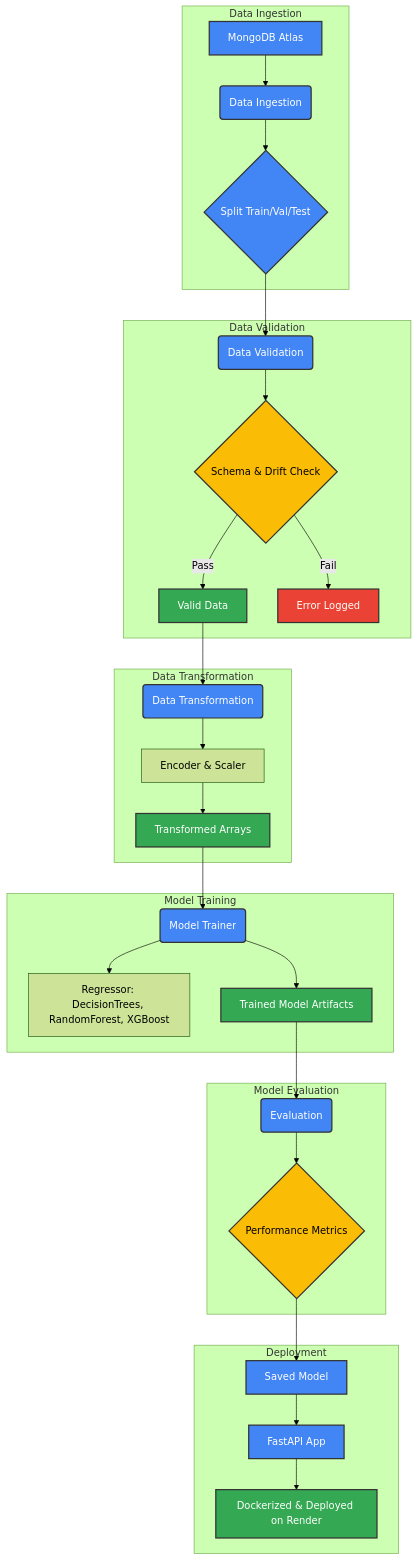
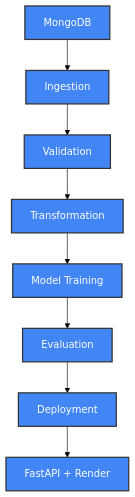
The first of 2 diagrams in README.md (Sumanthcs4/Crop-Yield-Prediction), drawn with Mermaid (forest theme) before and after one commit. The commit also changed other lines of this file, not shown here.

````diff
--- a/README.md
+++ b/README.md
@@ -17,48 +17,13 @@
 ```mermaid
 graph TD
-    subgraph "Data Ingestion"
-        A[MongoDB Atlas] --> B(Data Ingestion)
-        B --> C{Split Train/Val/Test}
-    end
+    A[MongoDB] --> B[Ingestion]
+    B --> C[Validation]
+    C --> D[Transformation]
+    D --> E[Model Training]
+    E --> F[Evaluation]
+    F --> G[Deployment]
+    G --> H[FastAPI + Render]
 
-    subgraph "Data Validation"
-        C --> D(Data Validation)
-        D --> E{Schema & Drift Check}
-        E -- Pass --> F[Valid Data]
-        E -- Fail --> G[Error Logged]
-    end
-
-    subgraph "Data Transformation"
-        F --> H(Data Transformation)
-        H --> I[Encoder & Scaler]
-        I --> J[Transformed Arrays]
-    end
-
-    subgraph "Model Training"
-        J --> K(Model Trainer)
-        K --> L["Regressor: DecisionTrees, RandomForest, XGBoost"]
-        K --> M[Trained Model Artifacts]
-    end
-
-    subgraph "Model Evaluation"
-        M --> N(Evaluation)
-        N --> O{Performance Metrics}
-    end
-
-    subgraph "Deployment"
-        O --> P[Saved Model]
-        P --> Q[FastAPI App]
-        Q --> R[Dockerized & Deployed on Render]
-    end
-
-    classDef primary fill:#4285f4,stroke:#333,stroke-width:2px,color:white
-    classDef success fill:#34a853,stroke:#333,stroke-width:2px,color:white
-    classDef warning fill:#fbbc05,stroke:#333,stroke-width:2px,color:black
-    classDef error fill:#ea4335,stroke:#333,stroke-width:2px,color:white
-
-    class A,B,C,D,H,K,N,P,Q primary
-    class F,J,M,R success
-    class E,O warning
-    class G error
-    class I,L secondary
+    classDef phase fill:#4285f4,stroke:#333,stroke-width:2px,color:white
+    class A,B,C,D,E,F,G,H phase
 ```
````
